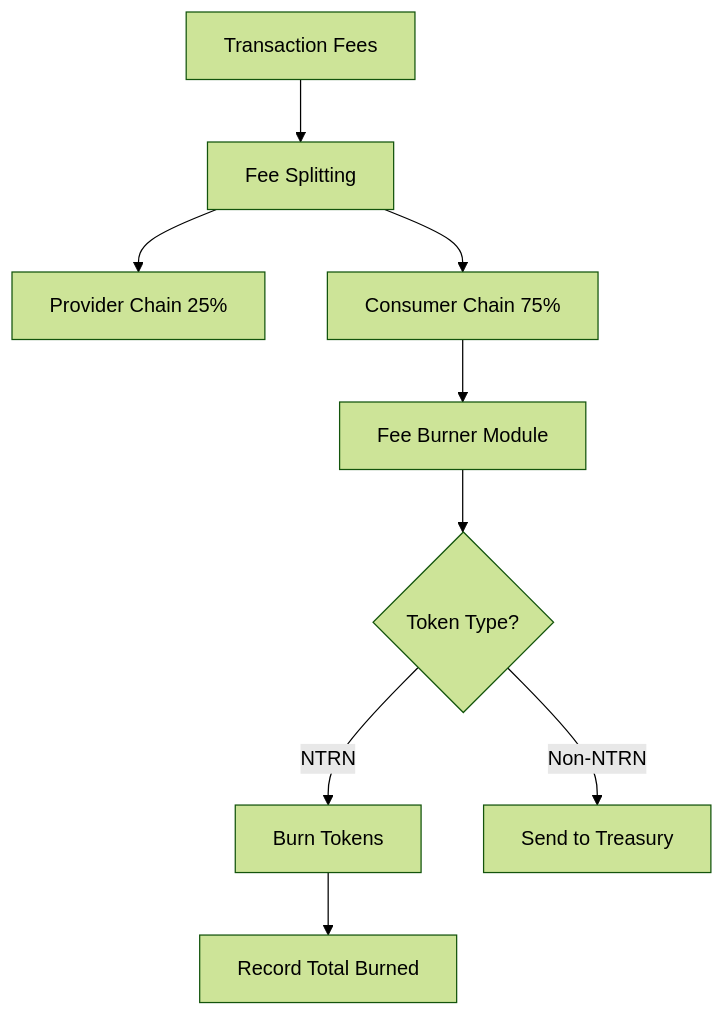
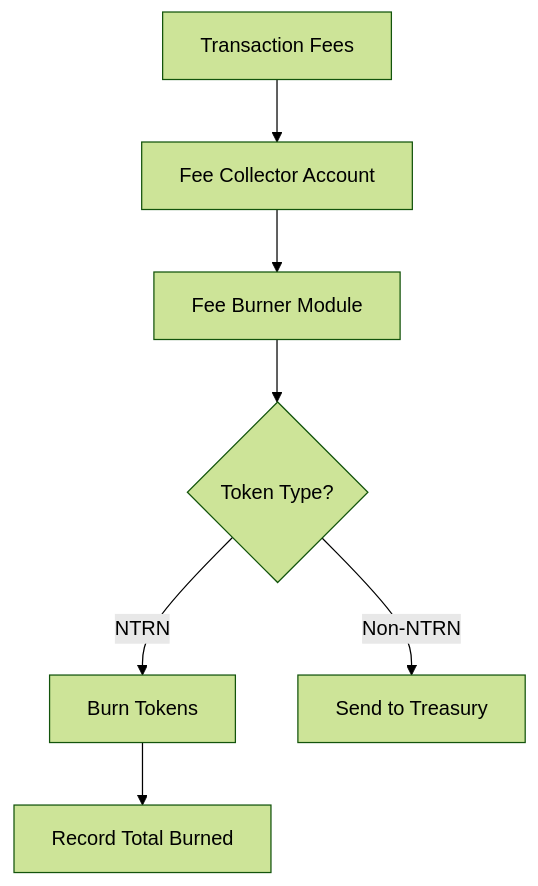
Before and after one commit to neutron-org/neutron-docs: the diagram in developers/modules/feeburner/explanation.mdx, drawn with Mermaid (forest theme). The commit also changed other lines of this file and 7 other files, not shown here.

````diff
--- a/developers/modules/feeburner/explanation.mdx
+++ b/developers/modules/feeburner/explanation.mdx
@@ -39,11 +36,9 @@
 ```mermaid
 graph TD
-    A[Transaction Fees] --> B[Fee Splitting]
-    B --> C[Provider Chain 25%]
-    B --> D[Consumer Chain 75%]
-    D --> E[Fee Burner Module]
-    E --> F{Token Type?}
-    F -->|NTRN| G[Burn Tokens]
-    F -->|Non-NTRN| H[Send to Treasury]
-    G --> I[Record Total Burned]
+    A[Transaction Fees] --> B[Fee Collector Account]
+    B --> C[Fee Burner Module]
+    C --> D{Token Type?}
+    D -->|NTRN| E[Burn Tokens]
+    D -->|Non-NTRN| F[Send to Treasury]
+    E --> G[Record Total Burned]
 ```
````
